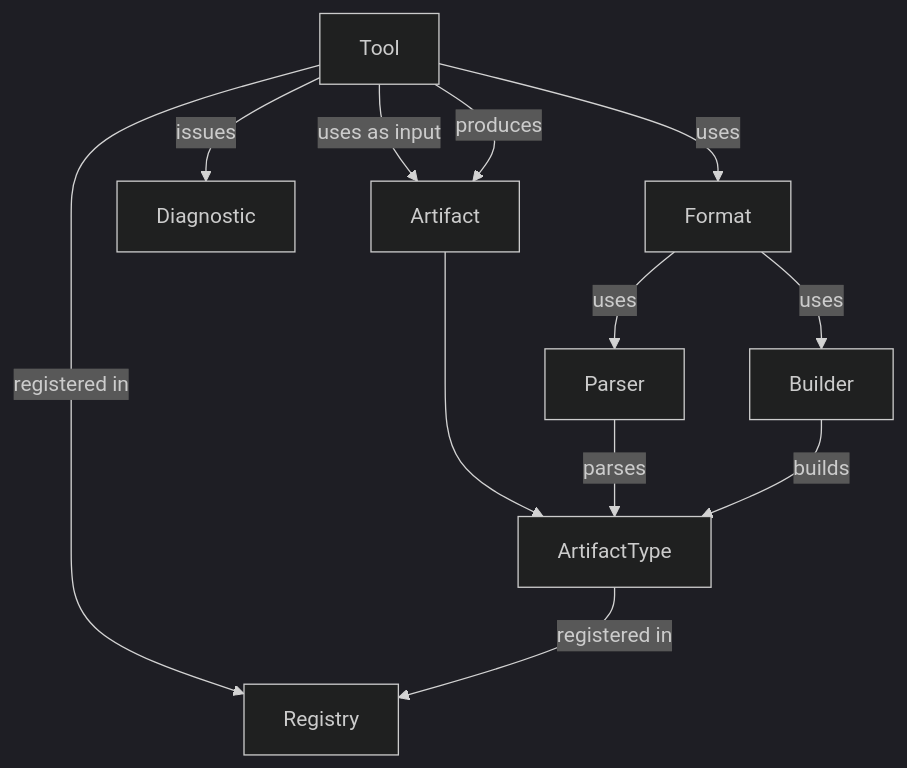
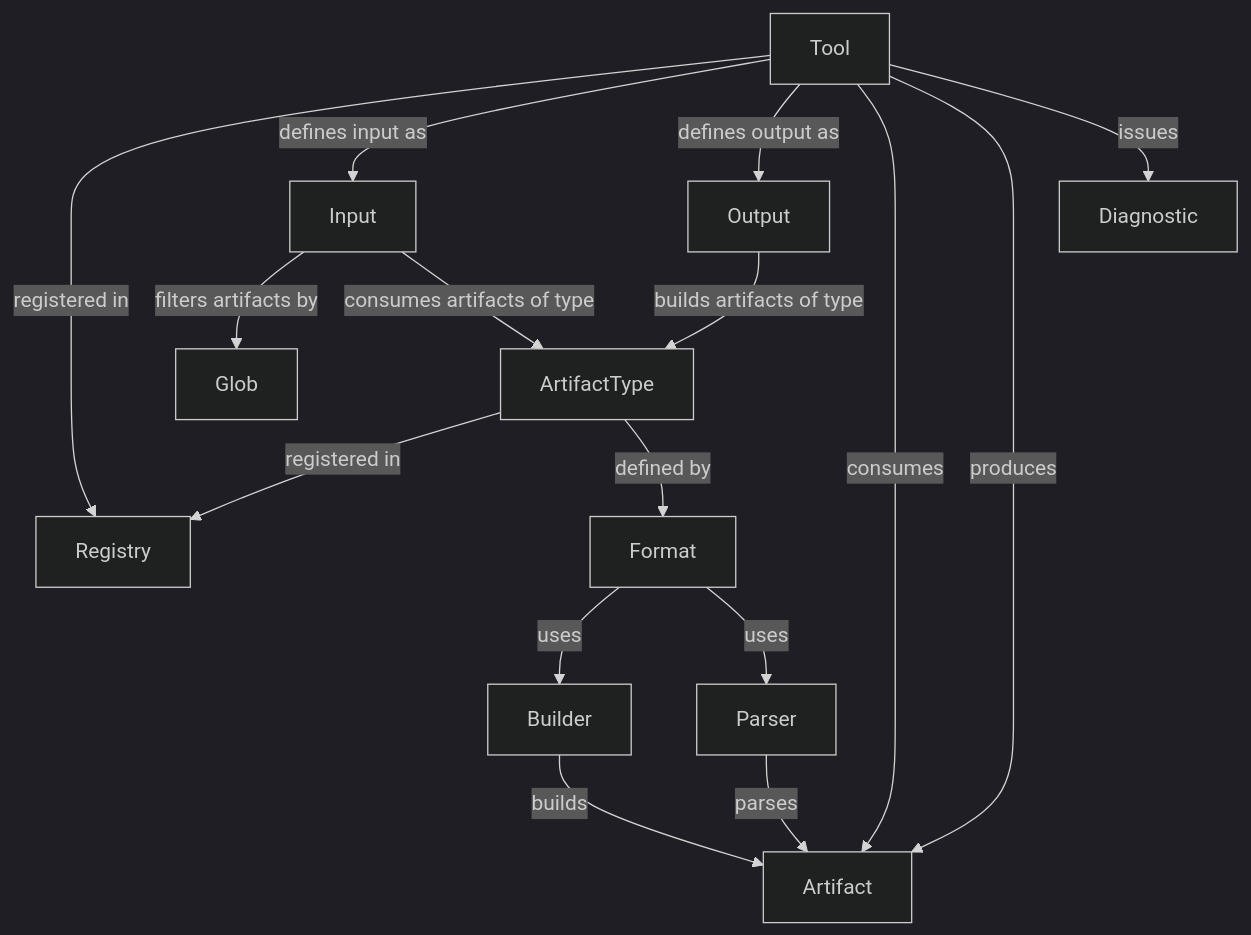
Before and after one commit to setms/sew: the diagram in src/main/ideas/tools.md, drawn with Mermaid (dark theme). The commit also changed other lines of this file, not shown here.

Commit message:
Update diagram

````diff
--- a/src/main/ideas/tools.md
+++ b/src/main/ideas/tools.md
@@ -9,14 +9,18 @@
 ```mermaid
 graph
-    Artifact --> ArtifactType
-    Tool -- uses as input --> Artifact
+    ArtifactType -- registered in --> Registry
+    Tool -- registered in --> Registry
+    Tool -- defines input as --> Input
+    Input -- filters artifacts by --> Glob
+    Input -- consumes artifacts of type --> ArtifactType
+    ArtifactType -- defined by --> Format
+    Format -- uses --> Builder
+    Format -- uses --> Parser
+    Parser -- parses --> Artifact
+    Builder -- builds --> Artifact
+    Tool -- defines output as --> Output
+    Output -- builds artifacts of type --> ArtifactType
+    Tool -- consumes --> Artifact
     Tool -- produces --> Artifact
     Tool -- issues --> Diagnostic
-    Tool -- uses --> Format
-    Format -- uses --> Builder
-    Format -- uses --> Parser
-    Parser -- parses --> ArtifactType
-    Builder -- builds --> ArtifactType
-    Tool -- registered in --> Registry
-    ArtifactType -- registered in --> Registry
 ```
````
